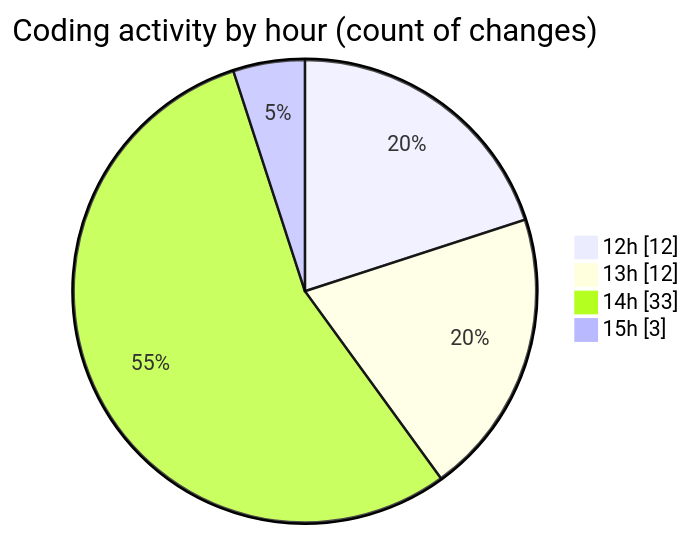
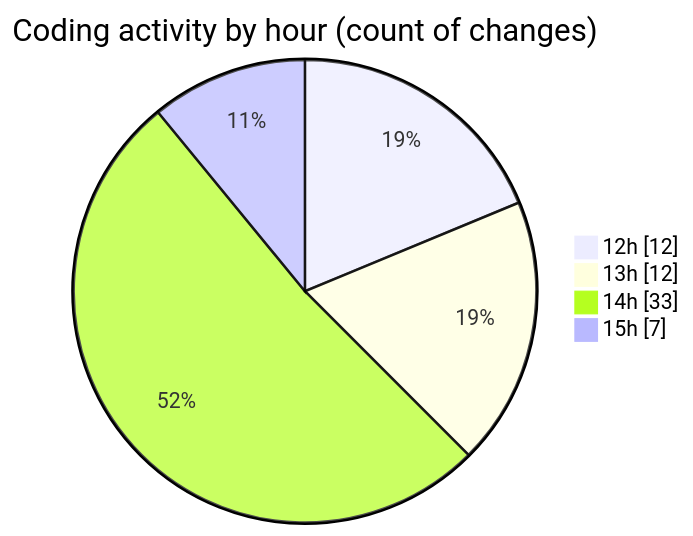
One commit to momahboobian/code-tracking changed the second of 2 diagrams in 2025-09-24/cda/README.md. Above: the diagram before and after it, drawn with Mermaid. The commit also changed other lines of this file and 1 other file, not shown here.

````diff
--- a/2025-09-24/cda/README.md
+++ b/2025-09-24/cda/README.md
@@ -37,8 +38,8 @@
 ```mermaid
 pie showData
 title Coding activity by hour (count of changes)
 "12h" : 12
 "13h" : 12
 "14h" : 33
-"15h" : 3
+"15h" : 7
 ```
````
